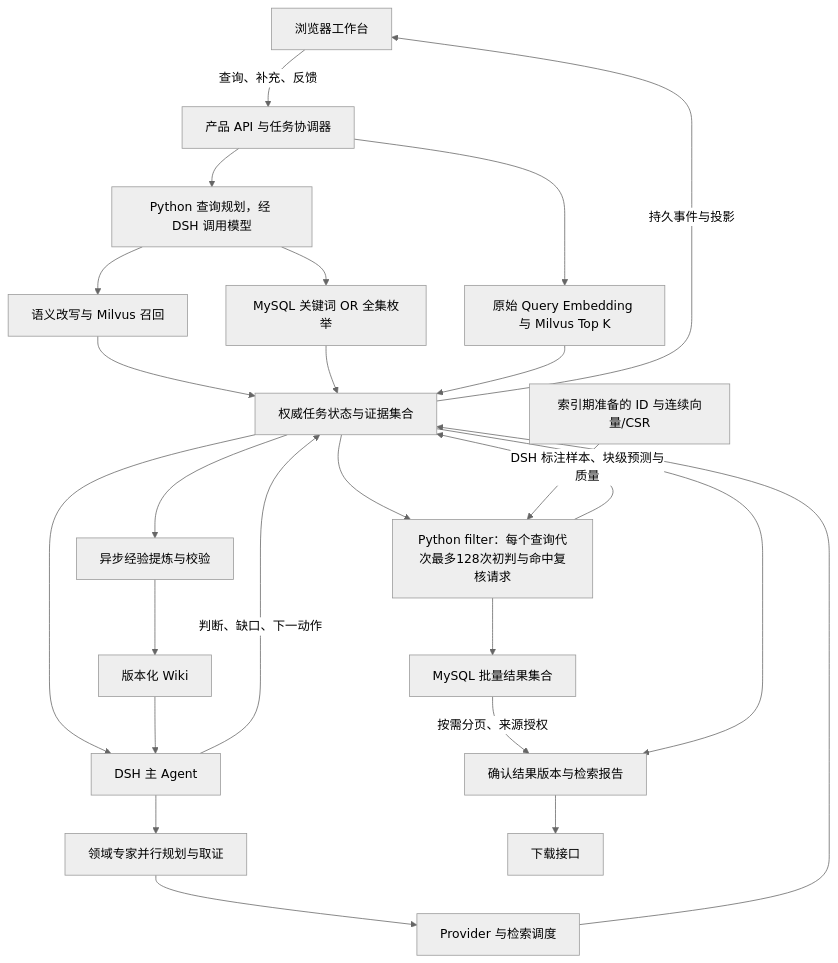
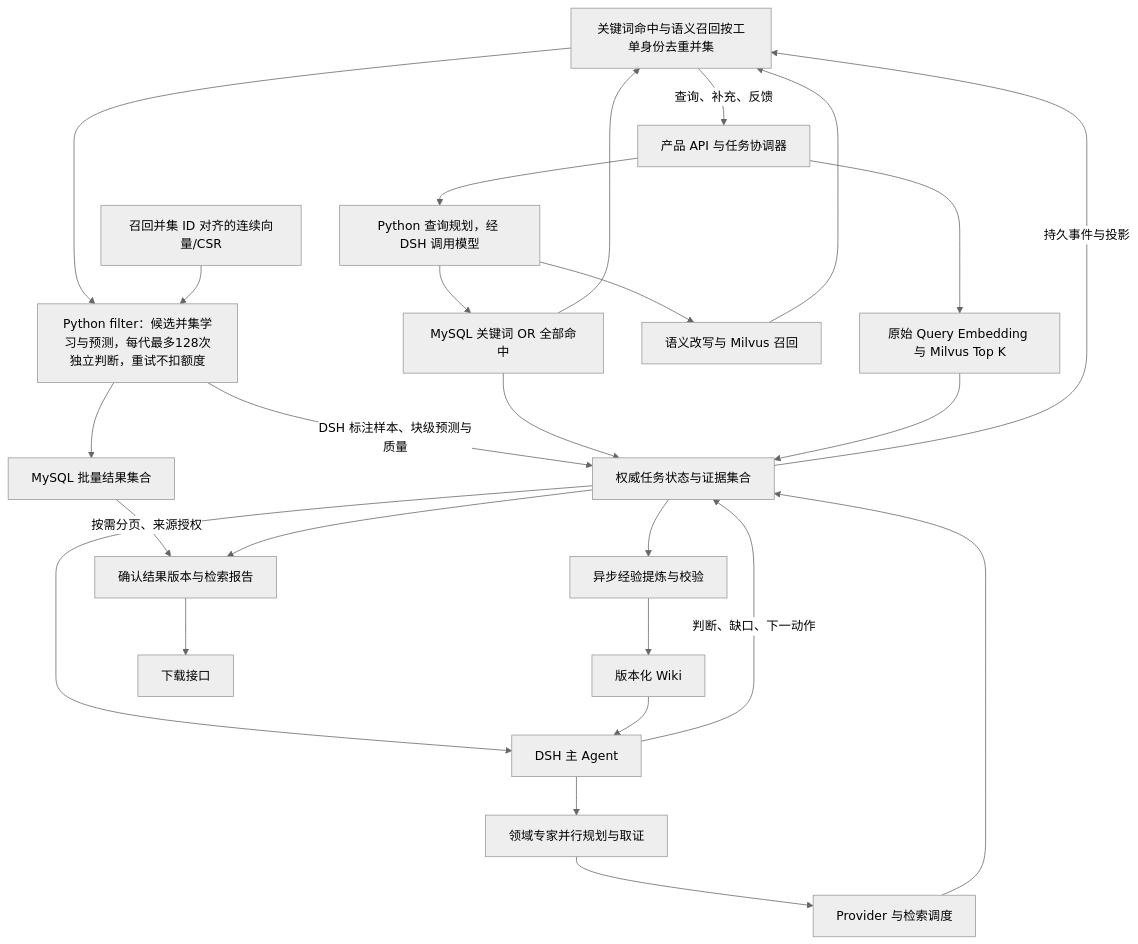
Before and after one commit to Merak-Wang/CaseWeave: the diagram in docs/ARCHITECTURE.md, drawn with Mermaid (neutral theme). The commit also changed other lines of this file and 40 other files, not shown here.

````diff
--- a/docs/ARCHITECTURE.md
+++ b/docs/ARCHITECTURE.md
@@ -13,27 +13,28 @@
 ```mermaid
 flowchart TD
   U[浏览器工作台] -->|查询、补充、反馈| API[产品 API 与任务协调器]
   API --> Q[Python 查询规划，经 DSH 调用模型]
   API --> V[原始 Query Embedding 与 Milvus Top K]
-  Q --> K[MySQL 关键词 OR 全集枚举]
+  Q --> K[MySQL 关键词 OR 全部命中]
   Q --> V2[语义改写与 Milvus 召回]
-  V2 --> S
-  S --> O[Python filter：每个查询代次最多128次初判与命中复核请求]
-  F[索引期准备的 ID 与连续向量/CSR] --> O
+  V2 --> U[关键词命中与语义召回按工单身份去重并集]
+  K --> U
+  U --> O[Python filter：候选并集学习与预测，每代最多128次独立判断，重试不扣额度]
+  F[召回并集 ID 对齐的连续向量/CSR] --> O
   O -->|DSH 标注样本、块级预测与质量| S
   O --> M[MySQL 批量结果集合]
   M -->|按需分页、来源授权| R
   K --> S[权威任务状态与证据集合]
   V --> S
   S --> A[DSH 主 Agent]
   W[版本化 Wiki] --> A
   A --> E[领域专家并行规划与取证]
   E --> P[Provider 与检索调度]
   P --> S
   A -->|判断、缺口、下一动作| S
   S -->|持久事件与投影| U
   S --> R[确认结果版本与检索报告]
   R --> D[下载接口]
   S --> L[异步经验提炼与校验]
   L --> W
 ```
````
